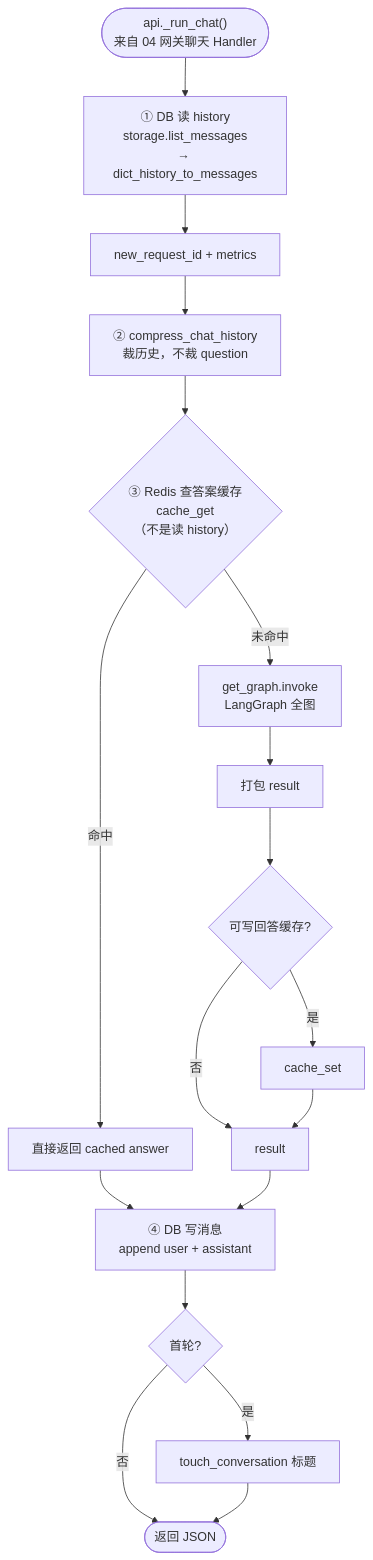
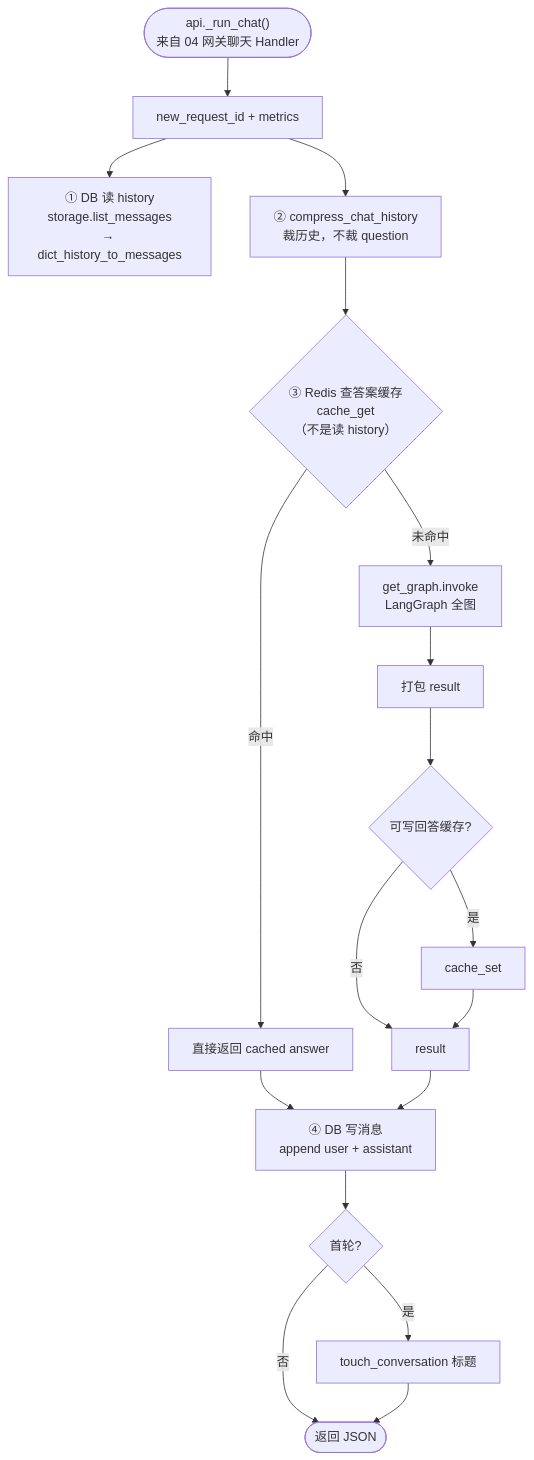
The seventh of 22 diagrams in project_00_rag_agent/docs/architecture.md (charlie-chann/ai-agent-langgraph-main), drawn with Mermaid before and after one commit. The commit also changed other lines of this file and 15 other files, not shown here.

Commit message:
docs(project_00): 同步 ask sync/stream 架构图渲染

````diff
--- a/project_00_rag_agent/docs/architecture.md
+++ b/project_00_rag_agent/docs/architecture.md
@@ -379,25 +379,25 @@
 ```mermaid
 flowchart TD
-    START(["api._run_chat()<br/>来自 04 网关聊天 Handler"]) --> LOAD["① DB 读 history<br/>storage.list_messages<br/>→ dict_history_to_messages"]
-    LOAD --> RID[new_request_id + metrics]
+    START(["api._run_chat()<br/>来自 04 网关聊天 Handler"]) --> RID[new_request_id + metrics]
+    RID --> LOAD["① DB 读 history<br/>storage.list_messages<br/>→ dict_history_to_messages"]
 
     RID --> A1["② compress_chat_history<br/>裁历史，不裁 question"]
     A1 --> A2{"③ Redis 查答案缓存<br/>cache_get<br/>（不是读 history）"}
 
     A2 -->|命中| A2H[直接返回 cached answer]
     A2 -->|未命中| A3[get_graph.invoke<br/>LangGraph 全图]
     A3 --> A4[打包 result]
     A4 --> A5{可写回答缓存?}
     A5 -->|是| A6[cache_set]
     A5 -->|否| MERGE[result]
     A6 --> MERGE
 
     A2H --> SAVE["④ DB 写消息<br/>append user + assistant"]
     MERGE --> SAVE
     SAVE --> TIT{首轮?}
     TIT -->|是| TITLE[touch_conversation 标题]
     TIT -->|否| RETURN
     TITLE --> RETURN([返回 JSON])
 
     %% ②③ 在 agent.ask() 内；①④ 在 api._run_chat() 内
 ```
````
